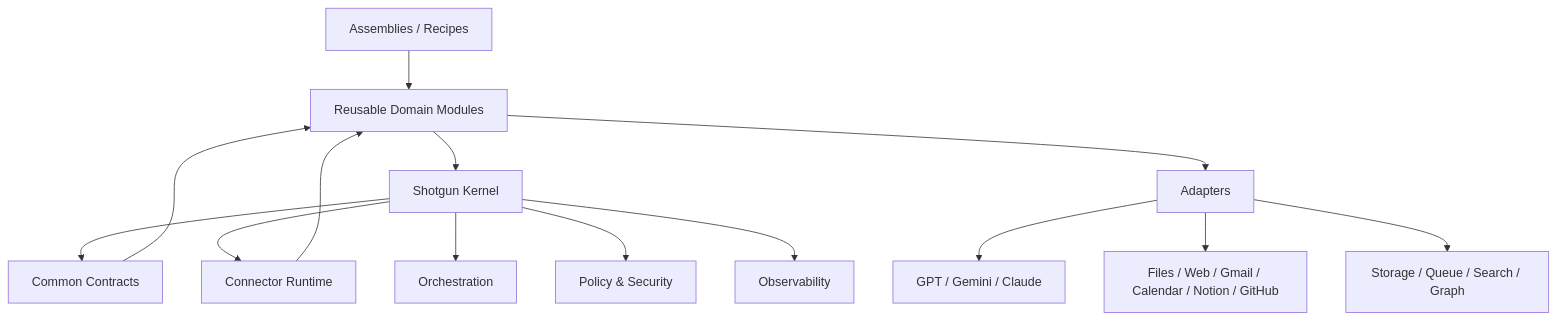
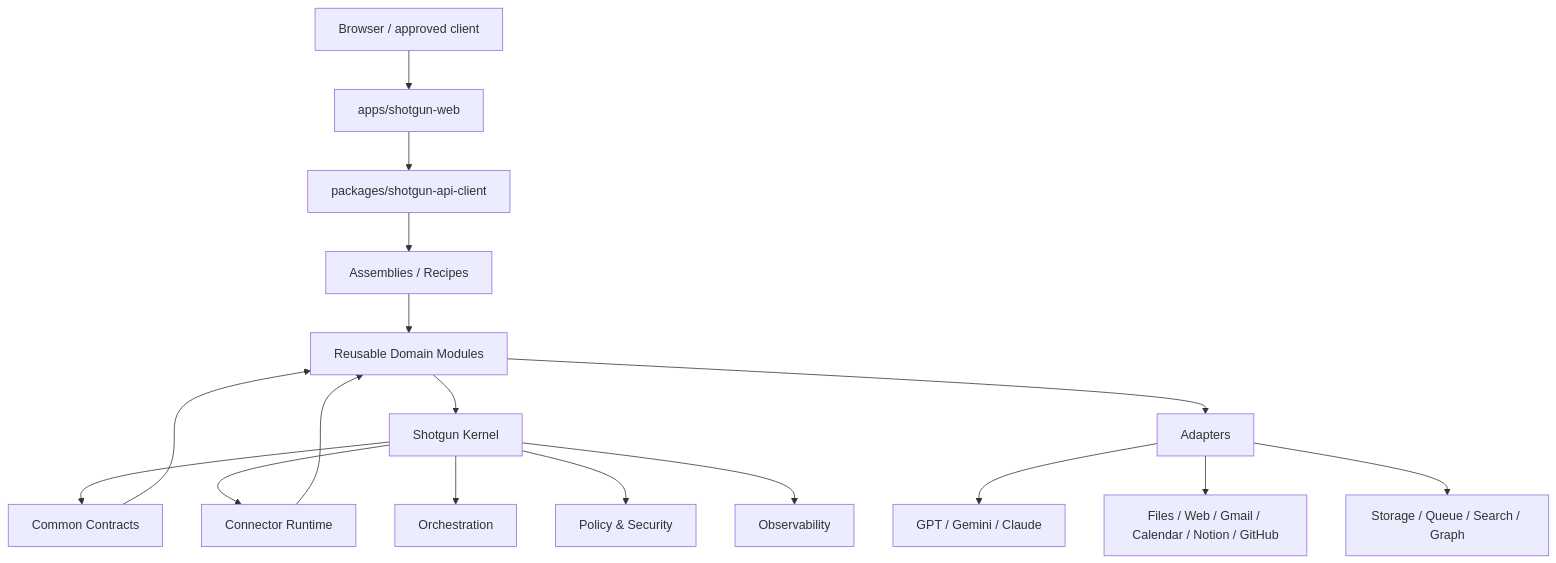
The diagram in docs/architecture/module-architecture/README.md (JasonCutter/shotgun), drawn with Mermaid before and after one commit. The commit also changed other lines of this file, not shown here.

````diff
--- a/docs/architecture/module-architecture/README.md
+++ b/docs/architecture/module-architecture/README.md
@@ -33,18 +39,22 @@
 ```mermaid
 flowchart TB
-    A[Assemblies / Recipes] --> M[Reusable Domain Modules]
+    U[Browser / approved client] --> FW[apps/shotgun-web]
+    FW --> FC[packages/shotgun-api-client]
+    FC --> A[Assemblies / Recipes]
+
+    A --> M[Reusable Domain Modules]
     M --> K[Shotgun Kernel]
     K --> C[Common Contracts]
     K --> R[Connector Runtime]
     K --> O[Orchestration]
     K --> P[Policy & Security]
     K --> T[Observability]
 
     M --> AD[Adapters]
     AD --> AI[GPT / Gemini / Claude]
     AD --> EXT[Files / Web / Gmail / Calendar / Notion / GitHub]
     AD --> INFRA[Storage / Queue / Search / Graph]
 
     C --> M
     R --> M
 ```
````
